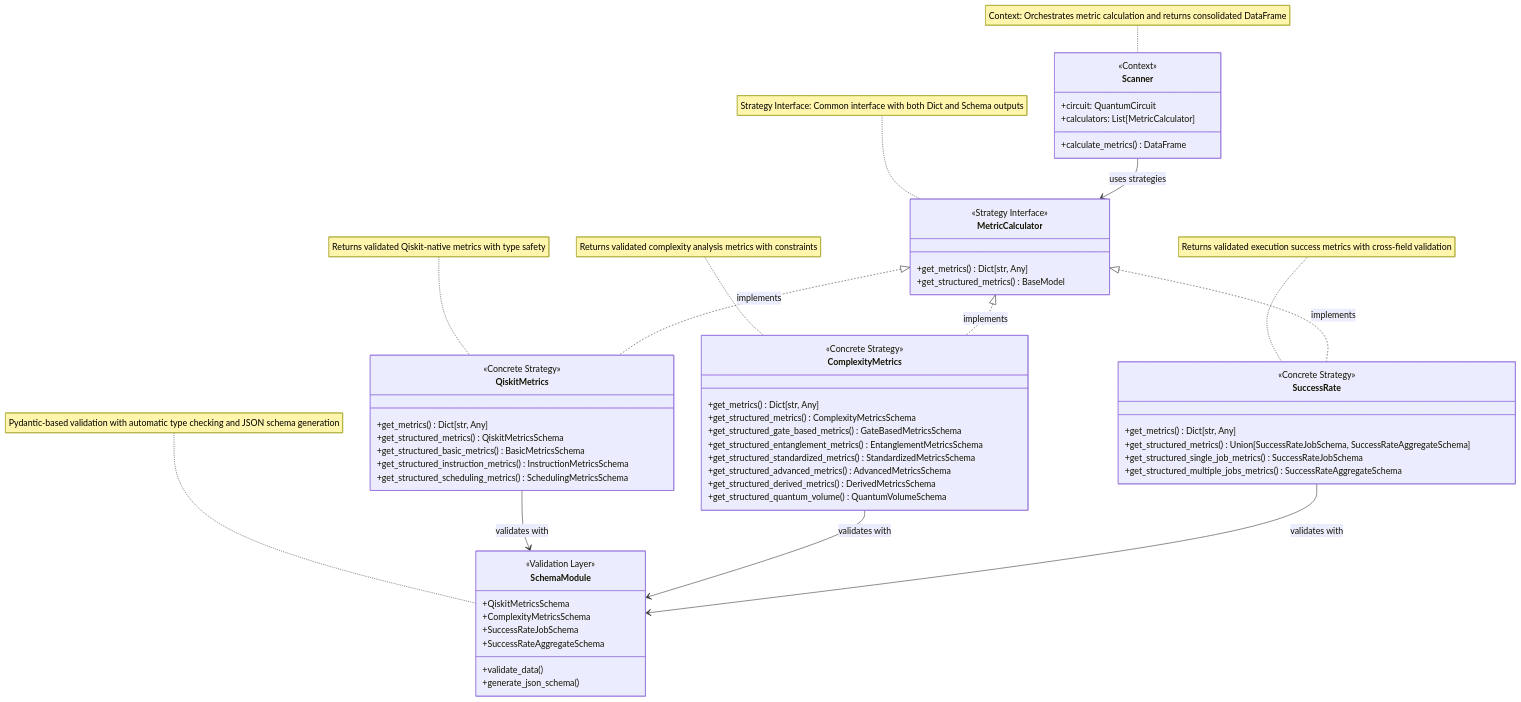
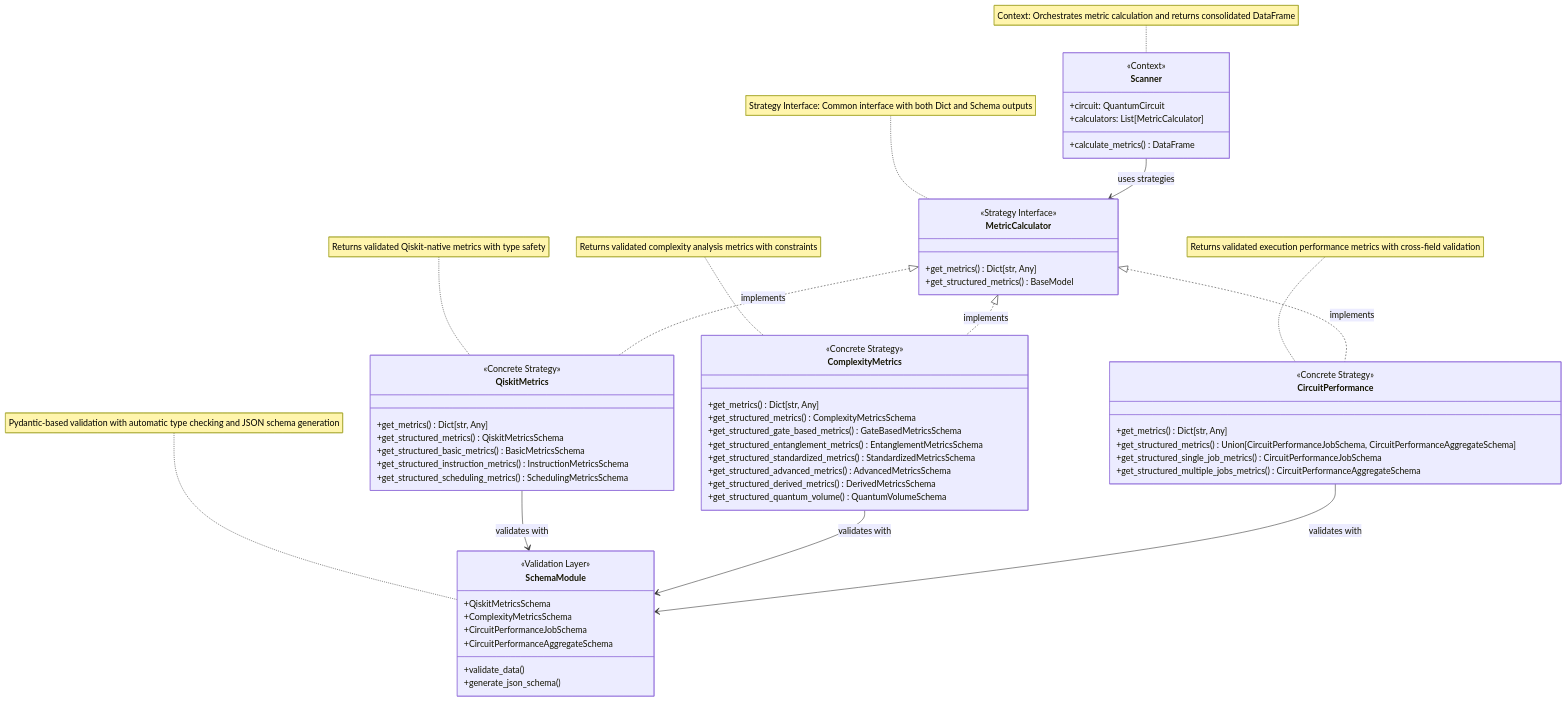
Before and after one commit to xthecapx/qiskit-qward: the first of 4 diagrams in docs/architecture.md, drawn with Mermaid. The commit also changed other lines of this file and 11 other files, not shown here.

First line of the commit message:
Refactor and enhance circuit performance metrics and visualization

````diff
--- a/docs/architecture.md
+++ b/docs/architecture.md
@@ -13,77 +13,77 @@
 ```{mermaid}
 classDiagram
     %% Simplified Strategy Pattern for QWARD with Schema Validation
     
     class Scanner {
         <<Context>>
         +circuit: QuantumCircuit
         +calculators: List[MetricCalculator]
         +calculate_metrics() DataFrame
     }
 
     class MetricCalculator {
         <<Strategy Interface>>
         +get_metrics() Dict[str, Any]
         +get_structured_metrics() BaseModel
     }
 
     class QiskitMetrics {
         <<Concrete Strategy>>
         +get_metrics() Dict[str, Any]
         +get_structured_metrics() QiskitMetricsSchema
         +get_structured_basic_metrics() BasicMetricsSchema
         +get_structured_instruction_metrics() InstructionMetricsSchema
         +get_structured_scheduling_metrics() SchedulingMetricsSchema
     }
 
     class ComplexityMetrics {
         <<Concrete Strategy>>
         +get_metrics() Dict[str, Any]
         +get_structured_metrics() ComplexityMetricsSchema
         +get_structured_gate_based_metrics() GateBasedMetricsSchema
         +get_structured_entanglement_metrics() EntanglementMetricsSchema
         +get_structured_standardized_metrics() StandardizedMetricsSchema
         +get_structured_advanced_metrics() AdvancedMetricsSchema
         +get_structured_derived_metrics() DerivedMetricsSchema
         +get_structured_quantum_volume() QuantumVolumeSchema
     }
 
-    class SuccessRate {
+    class CircuitPerformance {
         <<Concrete Strategy>>
         +get_metrics() Dict[str, Any]
-        +get_structured_metrics() Union[SuccessRateJobSchema, SuccessRateAggregateSchema]
-        +get_structured_single_job_metrics() SuccessRateJobSchema
-        +get_structured_multiple_jobs_metrics() SuccessRateAggregateSchema
+        +get_structured_metrics() Union[CircuitPerformanceJobSchema, CircuitPerformanceAggregateSchema]
+        +get_structured_single_job_metrics() CircuitPerformanceJobSchema
+        +get_structured_multiple_jobs_metrics() CircuitPerformanceAggregateSchema
     }
 
     class SchemaModule {
         <<Validation Layer>>
         +QiskitMetricsSchema
         +ComplexityMetricsSchema
-        +SuccessRateJobSchema
-        +SuccessRateAggregateSchema
+        +CircuitPerformanceJobSchema
+        +CircuitPerformanceAggregateSchema
         +validate_data()
         +generate_json_schema()
     }
 
     %% Strategy Pattern Relationships
     Scanner --> MetricCalculator : uses strategies
     
     %% Strategy Interface Implementation
     MetricCalculator <|.. QiskitMetrics : implements
     MetricCalculator <|.. ComplexityMetrics : implements
-    MetricCalculator <|.. SuccessRate : implements
+    MetricCalculator <|.. CircuitPerformance : implements
     
     %% Schema Integration
     QiskitMetrics --> SchemaModule : validates with
     ComplexityMetrics --> SchemaModule : validates with
-    SuccessRate --> SchemaModule : validates with
+    CircuitPerformance --> SchemaModule : validates with
 
     %% Pattern Notes
     note for Scanner "Context: Orchestrates metric calculation and returns consolidated DataFrame"
     note for MetricCalculator "Strategy Interface: Common interface with both Dict and Schema outputs"
     note for QiskitMetrics "Returns validated Qiskit-native metrics with type safety"
     note for ComplexityMetrics "Returns validated complexity analysis metrics with constraints"
-    note for SuccessRate "Returns validated execution success metrics with cross-field validation"
+    note for CircuitPerformance "Returns validated execution performance metrics with cross-field validation"
     note for SchemaModule "Pydantic-based validation with automatic type checking and JSON schema generation"
 ```
````
